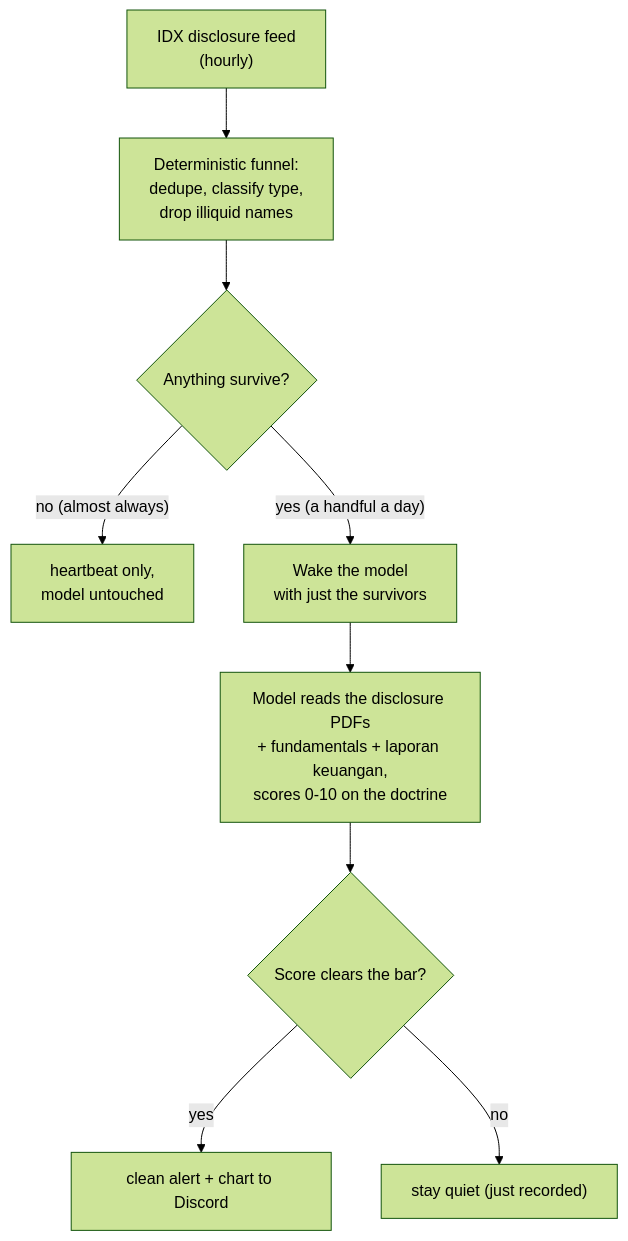
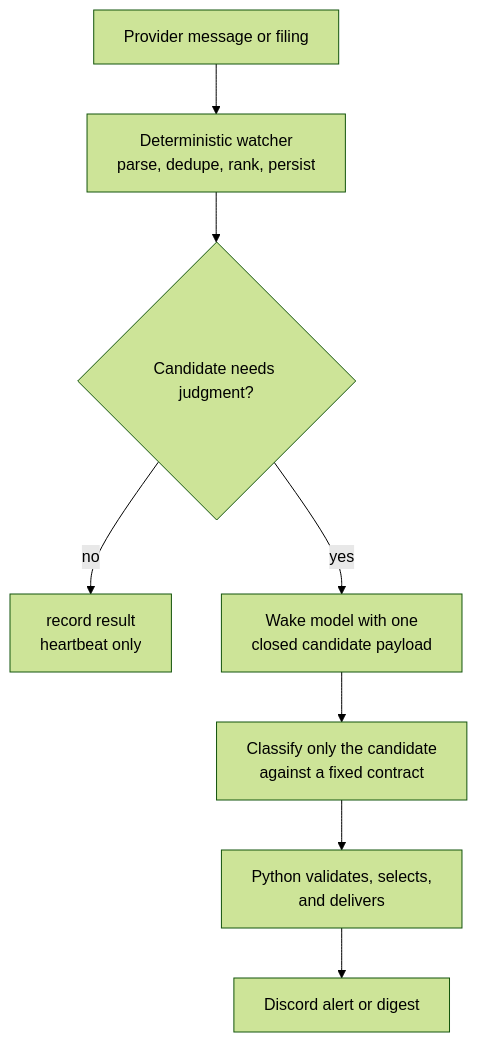
One commit to absolutepraya/blog changed the fifth of 5 diagrams in content/posts/hermes-agent-setup.md. Above: the diagram before and after it, drawn with Mermaid (forest theme). The commit also changed other lines of this file, not shown here.

````diff
--- a/content/posts/hermes-agent-setup.md
+++ b/content/posts/hermes-agent-setup.md
@@ -262,12 +260,11 @@
 ```mermaid
 graph TD
-    Feed["IDX disclosure feed<br>(hourly)"]
-    Feed --> Filter["Deterministic funnel:<br>dedupe, classify type,<br>drop illiquid names"]
-    Filter --> Q{"Anything survive?"}
-    Q -- "no (almost always)" --> Beat["heartbeat only,<br>model untouched"]
-    Q -- "yes (a handful a day)" --> Wake["Wake the model<br>with just the survivors"]
-    Wake --> Score["Model reads the disclosure PDFs<br>+ fundamentals + laporan keuangan,<br>scores 0-10 on the doctrine"]
-    Score --> Gate{"Score clears the bar?"}
-    Gate -- "yes" --> Alert["clean alert + chart to Discord"]
-    Gate -- "no" --> Quiet["stay quiet (just recorded)"]
+    Feed["Provider message or filing"]
+    Feed --> Filter["Deterministic watcher<br>parse, dedupe, rank, persist"]
+    Filter --> Q{"Candidate needs judgment?"}
+    Q -- "no" --> Beat["record result<br>heartbeat only"]
+    Q -- "yes" --> Wake["Wake model with one<br>closed candidate payload"]
+    Wake --> Classify["Classify only the candidate<br>against a fixed contract"]
+    Classify --> Validate["Python validates, selects,<br>and delivers"]
+    Validate --> Disc["Discord alert or digest"]
 ```
````
